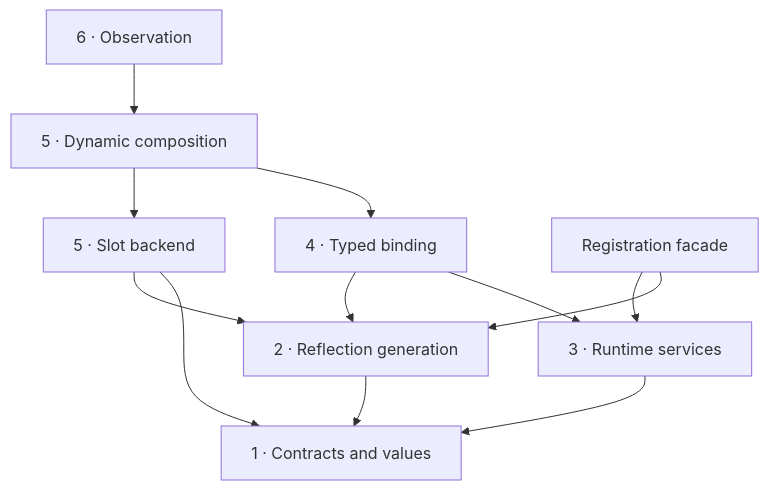
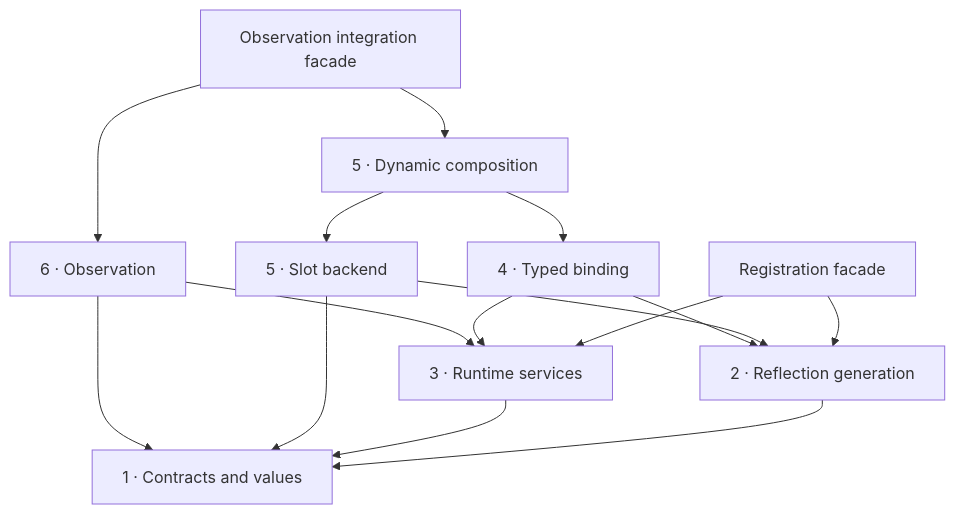
One commit to w2xel/refl changed the diagram in docs/content/architecture/index.md. Above: the diagram before and after it, drawn with Mermaid. The commit also changed other lines of this file and 7 other files, not shown here.

Commit message:
docs: clarify architecture contracts and fix binding diagram

````diff
--- a/docs/content/architecture/index.md
+++ b/docs/content/architecture/index.md
@@ -55,14 +57,17 @@
 ```mermaid
 flowchart TB
-    H["6 · Observation"] --> D["5 · Dynamic composition"]
+    H["6 · Observation"] --> R["3 · Runtime services"]
+    H --> C["1 · Contracts and values"]
+    O["Observation integration facade"] --> H
+    O --> D["5 · Dynamic composition"]
     D --> P["4 · Typed binding"]
     D --> S["5 · Slot backend"]
-    P --> R["3 · Runtime services"]
+    P --> R
     P --> G["2 · Reflection generation"]
-    S --> C["1 · Contracts and values"]
+    S --> C
     S --> G
     R --> C
     G --> C
     A["Registration facade"] --> G
     A --> R
 ```
````
